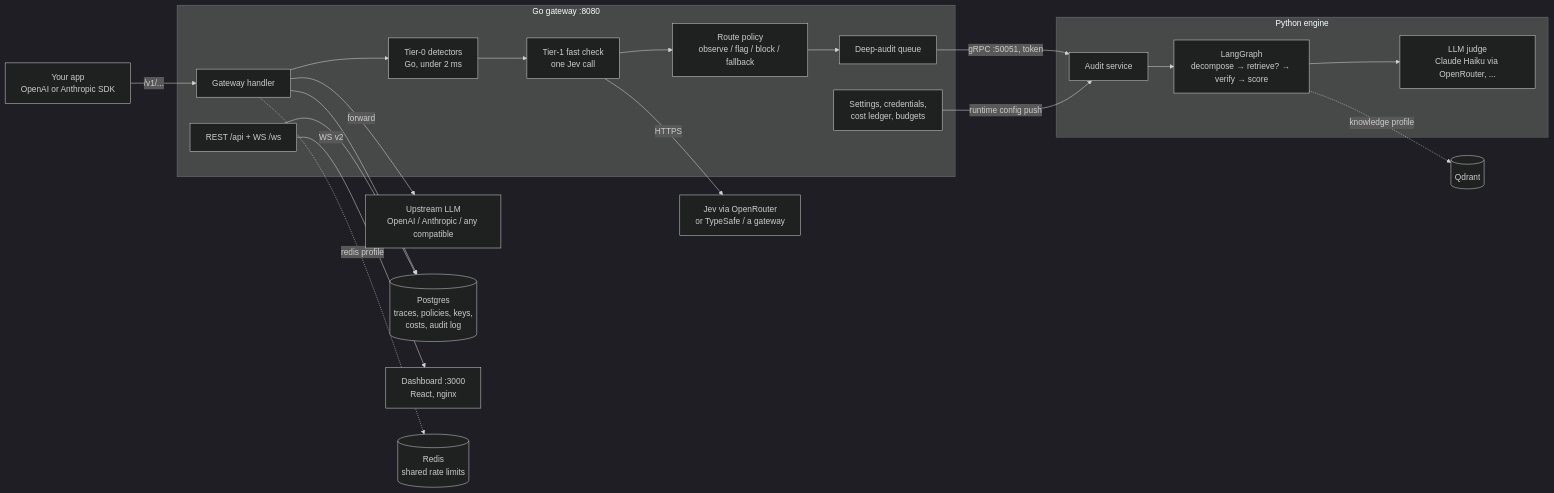
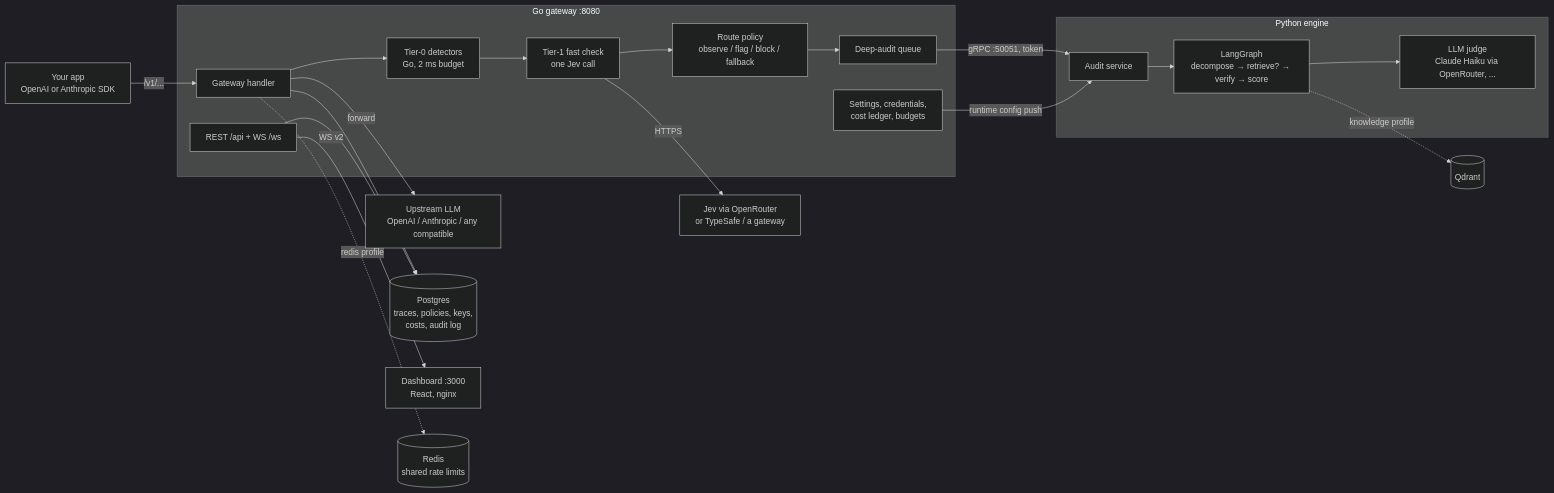
Before and after one commit to timkush1/TrustAgent: the first of 3 diagrams in docs/ARCHITECTURE.md, drawn with Mermaid (dark theme). The commit also changed 3 other files, not shown here.

First line of the commit message:
docs: Tier 0's 2 ms is a budget, and DESIGN.md's replay status names no tape size

````diff
--- a/docs/ARCHITECTURE.md
+++ b/docs/ARCHITECTURE.md
@@ -9,25 +9,25 @@
 ```mermaid
 graph LR
     Client[Your app<br/>OpenAI or Anthropic SDK] -->|/v1/...| Proxy
     subgraph Go gateway :8080
-        Proxy[Gateway handler] --> T0[Tier-0 detectors<br/>Go, under 2 ms]
+        Proxy[Gateway handler] --> T0[Tier-0 detectors<br/>Go, 2 ms budget]
         T0 --> T1[Tier-1 fast check<br/>one Jev call]
         T1 --> Policy[Route policy<br/>observe / flag / block / fallback]
         Policy --> Pool[Deep-audit queue]
         API[REST /api + WS /ws]
         Control[Settings, credentials,<br/>cost ledger, budgets]
     end
     Proxy -->|forward| LLM[Upstream LLM<br/>OpenAI / Anthropic / any compatible]
     T1 -->|HTTPS| Jev[Jev via OpenRouter<br/>or TypeSafe / a gateway]
     Pool -->|gRPC :50051, token| Engine
     Control -->|runtime config push| Engine
     subgraph Python engine
         Engine[Audit service] --> Graph[LangGraph<br/>decompose → retrieve? → verify → score]
         Graph --> Judge[LLM judge<br/>Claude Haiku via OpenRouter, ...]
     end
     Graph -.->|knowledge profile| Qdrant[(Qdrant)]
     Proxy --> PG[(Postgres<br/>traces, policies, keys,<br/>costs, audit log)]
     API --> PG
     API -->|WS v2| Dash[Dashboard :3000<br/>React, nginx]
     Proxy -.->|redis profile| Redis[(Redis<br/>shared rate limits)]
 ```
````
